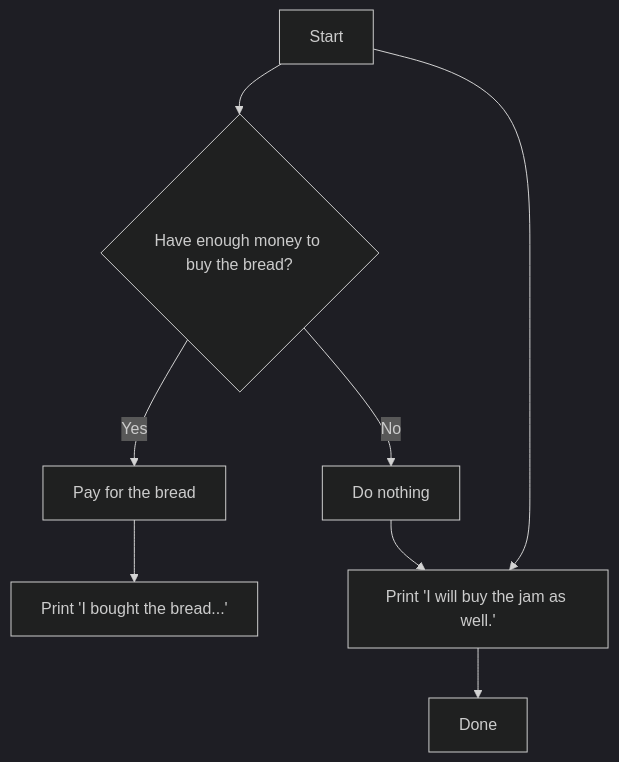
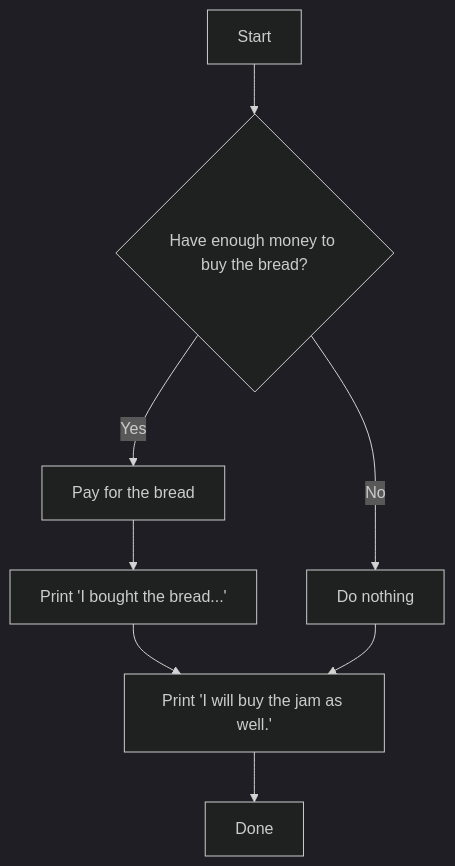
One commit to rahmanda/ayongulik changed the third of 4 diagrams in courses/level-0/algoritma-menggunakan-python/3-conditionals.md. Above: the diagram before and after it, drawn with Mermaid (dark theme).

Commit message:
docs(conditionals): fix some flowchart diagrams

````diff
--- a/courses/level-0/algoritma-menggunakan-python/3-conditionals.md
+++ b/courses/level-0/algoritma-menggunakan-python/3-conditionals.md
@@ -88,10 +88,10 @@
 ```mermaid
 flowchart TD
     A[Start] --> B{Have enough money to buy the bread?}
     B -- Yes --> C[Pay for the bread]
     B -- No --> G[Do nothing]
     C --> D[Print 'I bought the bread...']
-    A --> E[Print 'I will buy the jam as well.']
+    D --> E[Print 'I will buy the jam as well.']
     G --> E
     E --> F[Done]
 ```
````
